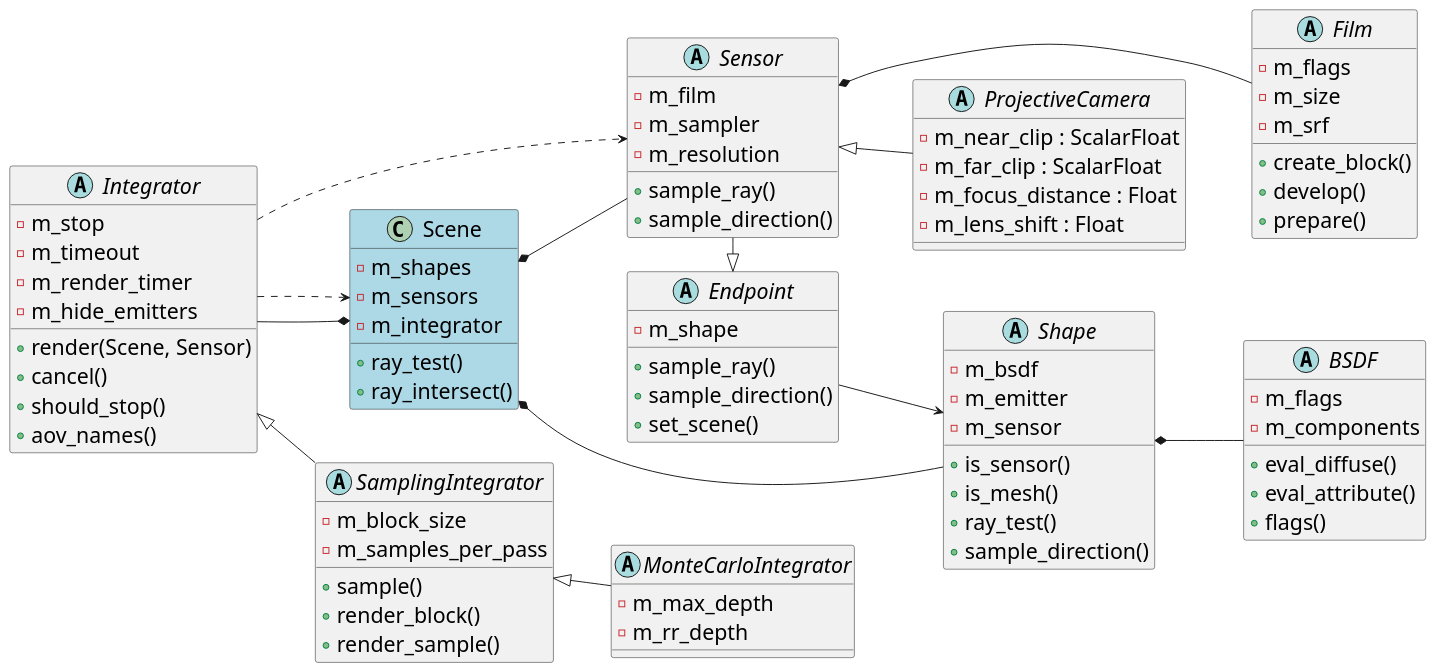
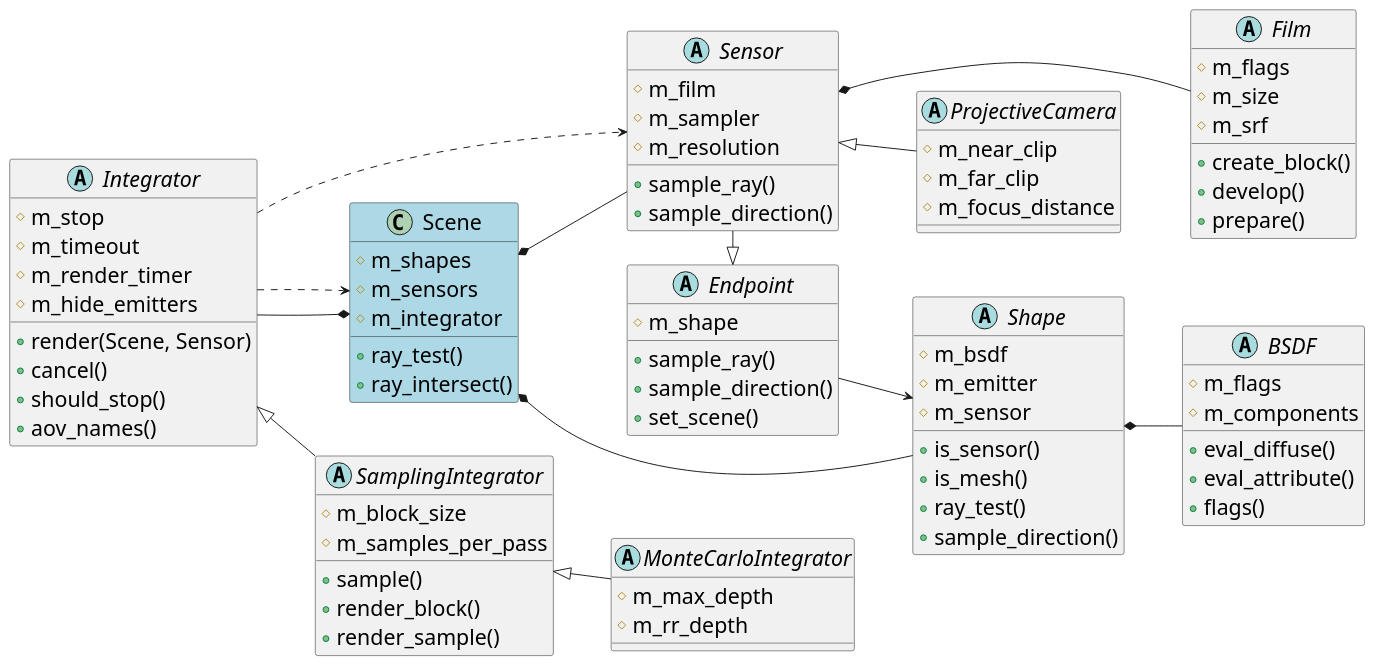
Before and after one commit to xacond00/mitsuba3-amvpt: the diagram in uml/miclass_diag.puml, drawn with PlantUML. The commit also changed 26 other files, not shown here.

```diff
--- a/uml/miclass_diag.puml
+++ b/uml/miclass_diag.puml
@@ -1,102 +1,101 @@
 @startuml
 skinparam defaultFontName Arial
 skinparam classFontSize 24
 skinparam defaultFontSize 22
 left to right direction 
 abstract class Integrator {
-    - m_stop
-    - m_timeout
-    - m_render_timer
-    - m_hide_emitters
+    # m_stop
+    # m_timeout
+    # m_render_timer
+    # m_hide_emitters
     + render(Scene, Sensor)
     + cancel()
     + should_stop()
     + aov_names()
 }
 
 abstract class SamplingIntegrator {
-    - m_block_size
-    - m_samples_per_pass
+    # m_block_size
+    # m_samples_per_pass
     + sample()
     + render_block()
     + render_sample()
 }
 
 abstract class MonteCarloIntegrator {
-    - m_max_depth
-    - m_rr_depth
+    # m_max_depth
+    # m_rr_depth
 }
 
 abstract class Shape {
-    - m_bsdf
-    - m_emitter
-    - m_sensor
+    # m_bsdf
+    # m_emitter
+    # m_sensor
     + is_sensor()
     + is_mesh()
     + ray_test()
     + sample_direction()
 }
 
 abstract class Endpoint {
-    - m_shape
+    # m_shape
     + sample_ray()
     + sample_direction()
     + set_scene()
 }
 
 abstract class Sensor {
-    - m_film
-    - m_sampler
-    - m_resolution
+    # m_film
+    # m_sampler
+    # m_resolution
     + sample_ray()
     + sample_direction()
 }
 
 class Scene #lightblue {
-    - m_shapes
-    - m_sensors
-    - m_integrator
+    # m_shapes
+    # m_sensors
+    # m_integrator
     + ray_test()
     + ray_intersect()
 }
 
 abstract class BSDF {
-    - m_flags
-    - m_components
+    # m_flags
+    # m_components
     + eval_diffuse()
     + eval_attribute()
     + flags()
 }
 
 abstract class Film {
-    - m_flags
-    - m_size
-    - m_srf
+    # m_flags
+    # m_size
+    # m_srf
     + create_block()
     + develop()
     + prepare()
 }
 
 abstract class ProjectiveCamera {
-    - m_near_clip : ScalarFloat
-    - m_far_clip : ScalarFloat
-    - m_focus_distance : Float
-    - m_lens_shift : Float
+    # m_near_clip
+    # m_far_clip
+    # m_focus_distance 
 }
 
 Sensor <|-- ProjectiveCamera
 ProjectiveCamera -[hidden]-> Film
 Sensor *-- Film  
 Scene *-- Shape  
 Scene *-- Sensor  
 Scene *-u- Integrator  
 Integrator .d.> Scene  
 Integrator ..> Sensor  
 Sensor -|> Endpoint  
 Shape *-- BSDF  
 Endpoint --> Shape  
 Integrator <|-- SamplingIntegrator  
 SamplingIntegrator <|-- MonteCarloIntegrator  
 
 
 @enduml
```
